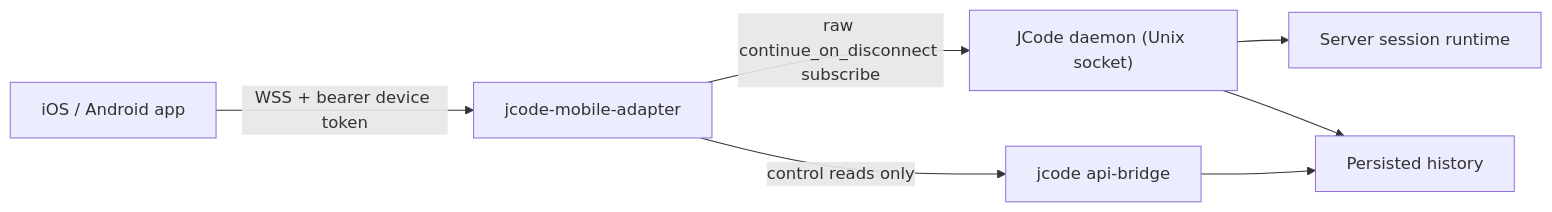
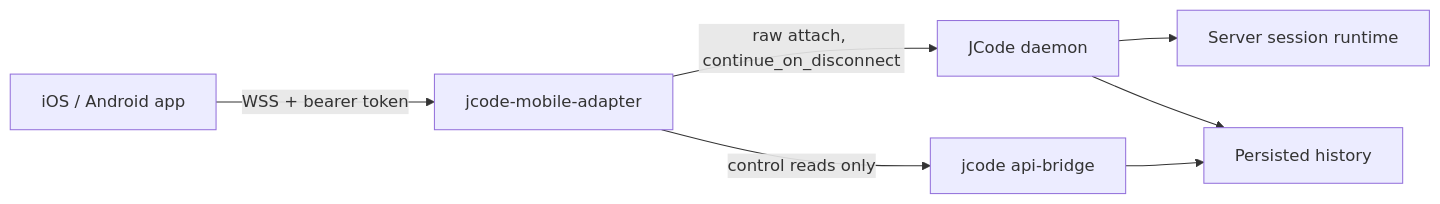
One commit to ddawnlll/jcode-mobile changed the diagram in README.md. Above: the diagram before and after it, drawn with Mermaid. The commit also changed other lines of this file and 5 other files, not shown here.

````diff
--- a/README.md
+++ b/README.md
@@ -21,9 +162,9 @@
 ```mermaid
 flowchart LR
-  P["iOS / Android app"] -->|"WSS + bearer device token"| A["jcode-mobile-adapter"]
-  A -->|"raw continue_on_disconnect subscribe"| D["JCode daemon (Unix socket)"]
+  P["iOS / Android app"] -->|"WSS + bearer token"| A["jcode-mobile-adapter"]
+  A -->|"raw attach, continue_on_disconnect"| D["JCode daemon"]
   A -->|"control reads only"| B["jcode api-bridge"]
   D --> R["Server session runtime"]
   D --> H["Persisted history"]
   B --> H
 ```
````
